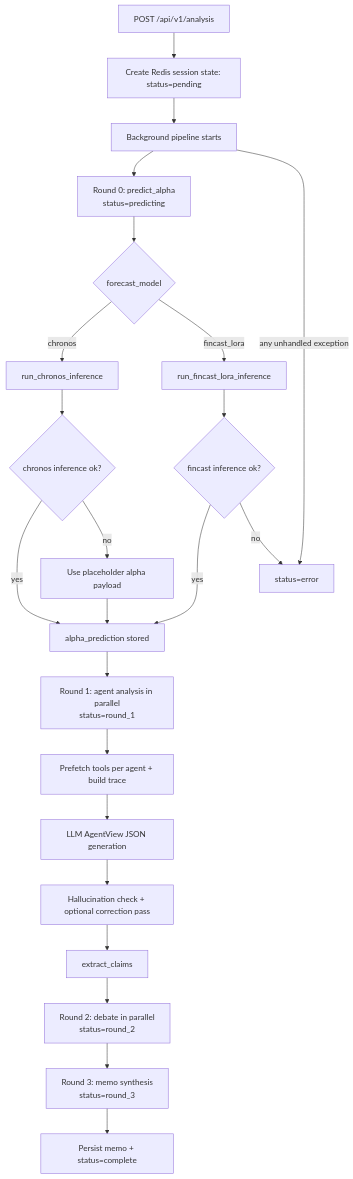
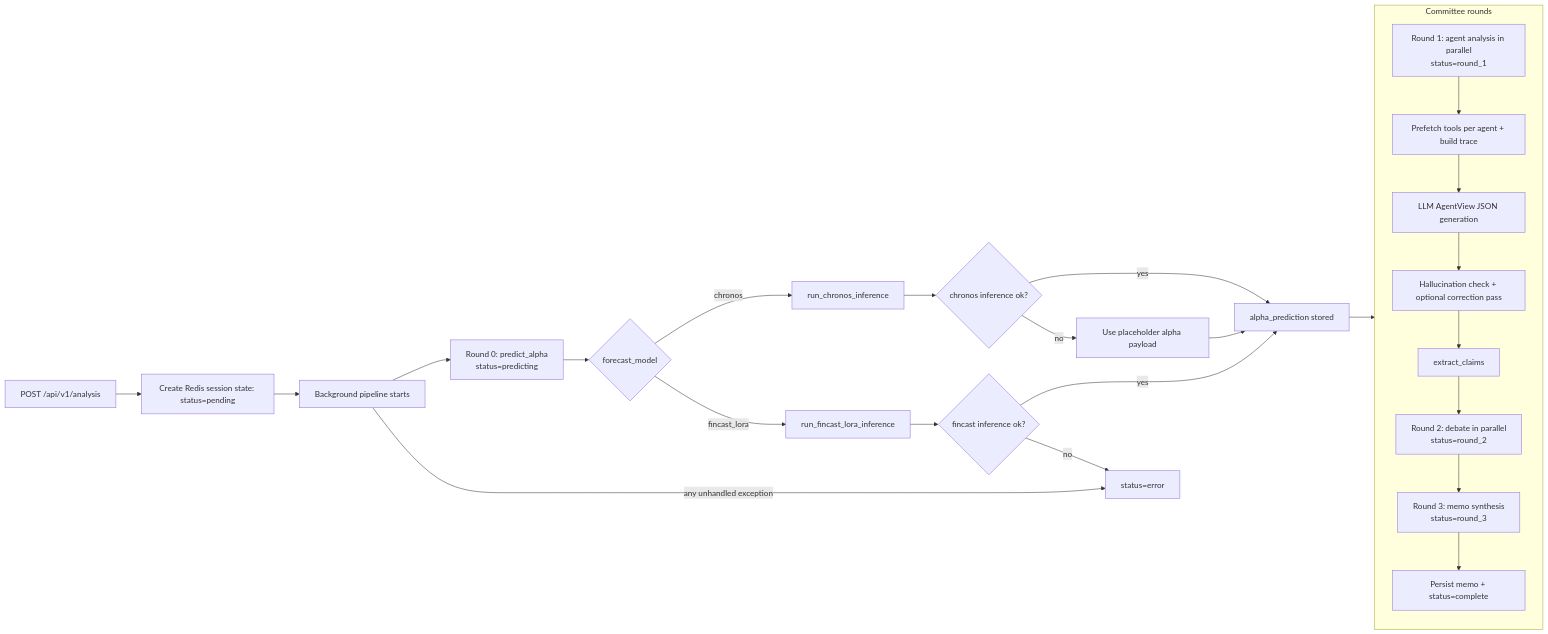
One commit to mrunmayee17/AlphaEdge changed the diagram in README.md. Above: the diagram before and after it, drawn with Mermaid.

Commit message:
docs: orient agentic flow diagram left-to-right

````diff
--- a/README.md
+++ b/README.md
@@ -132,30 +132,34 @@
 ```mermaid
-flowchart TD
+flowchart LR
     A[POST /api/v1/analysis] --> B[Create Redis session state: status=pending]
     B --> C[Background pipeline starts]
     C --> D[Round 0: predict_alpha<br/>status=predicting]
 
     D --> E{forecast_model}
     E -->|chronos| F[run_chronos_inference]
     E -->|fincast_lora| G[run_fincast_lora_inference]
 
     F --> H{chronos inference ok?}
     H -->|yes| I[alpha_prediction stored]
     H -->|no| J[Use placeholder alpha payload]
     J --> I
     G --> K{fincast inference ok?}
     K -->|yes| I
     K -->|no| Z[status=error]
 
-    I --> L[Round 1: agent analysis in parallel<br/>status=round_1]
-    L --> M[Prefetch tools per agent + build trace]
-    M --> N[LLM AgentView JSON generation]
-    N --> O[Hallucination check + optional correction pass]
-
-    O --> P[extract_claims]
-    P --> Q[Round 2: debate in parallel<br/>status=round_2]
-    Q --> R[Round 3: memo synthesis<br/>status=round_3]
-    R --> S[Persist memo + status=complete]
+    I --> L
+    subgraph ROUNDS[Committee rounds]
+        direction TB
+        L[Round 1: agent analysis in parallel<br/>status=round_1]
+        M[Prefetch tools per agent + build trace]
+        N[LLM AgentView JSON generation]
+        O[Hallucination check + optional correction pass]
+        P[extract_claims]
+        Q[Round 2: debate in parallel<br/>status=round_2]
+        R[Round 3: memo synthesis<br/>status=round_3]
+        S[Persist memo + status=complete]
+        L --> M --> N --> O --> P --> Q --> R --> S
+    end
 
     C -->|any unhandled exception| Z
 ```
````
